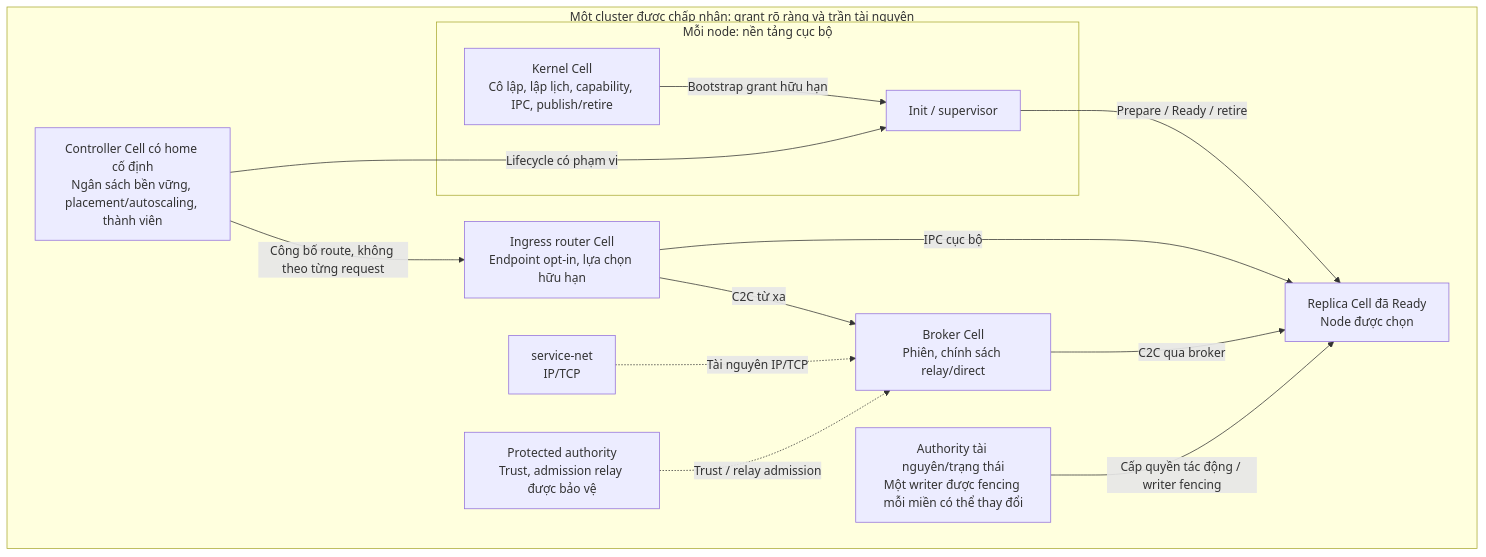
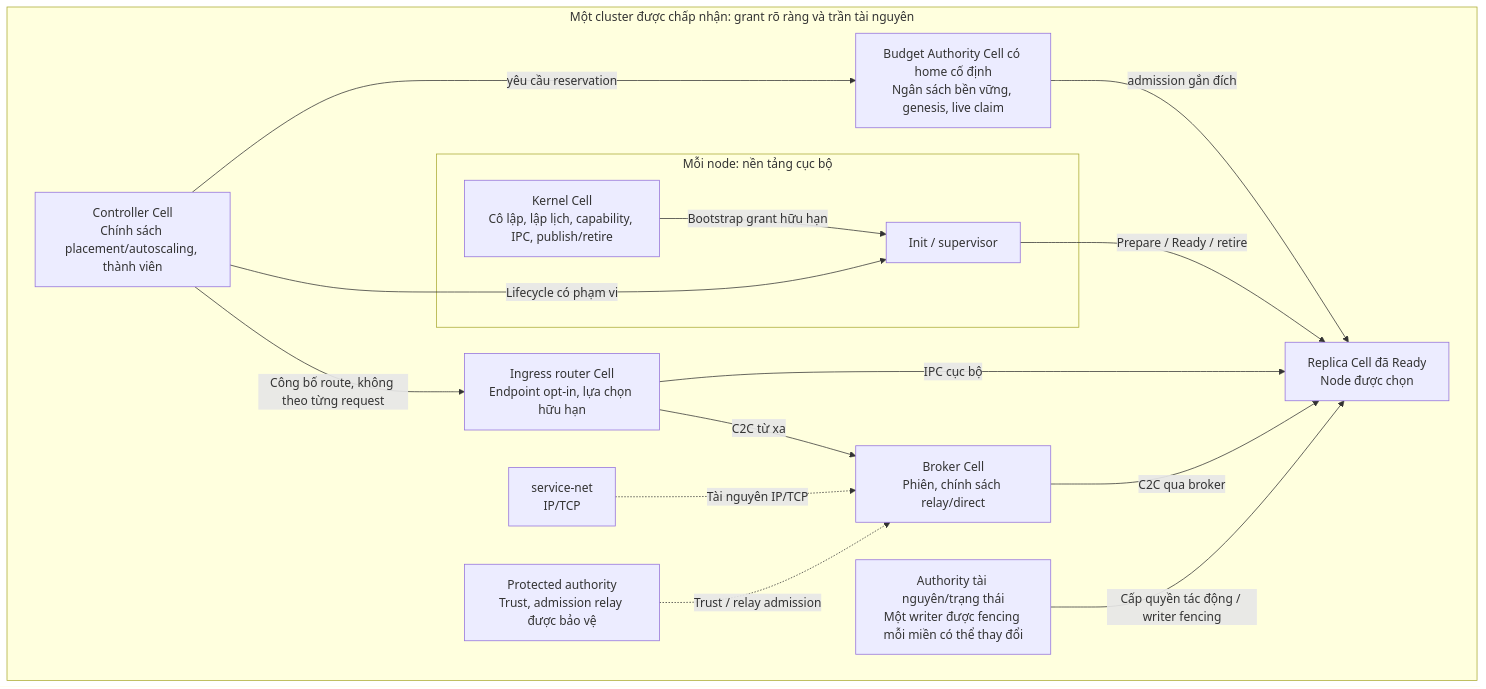
The diagram in README_VN.md (dxsl-org/cellos), drawn with Mermaid before and after one commit. The commit also changed other lines of this file and 27 other files, not shown here.

Commit message:
docs(architecture): align authority contracts and defer Haily integration

````diff
--- a/README_VN.md
+++ b/README_VN.md
@@ -30,26 +30,29 @@
 ```mermaid
 flowchart TB
     subgraph CLUSTER["Một cluster được chấp nhận: grant rõ ràng và trần tài nguyên"]
-        C["Controller Cell có home cố định<br/>Ngân sách bền vững, placement/autoscaling, thành viên"]
+        C["Controller Cell<br/>Chính sách placement/autoscaling, thành viên"]
+        BA["Budget Authority Cell có home cố định<br/>Ngân sách bền vững, genesis, live claim"]
+        C -->|yêu cầu reservation| BA
+        BA -->|admission gắn đích| R
         W["Ingress router Cell<br/>Endpoint opt-in, lựa chọn hữu hạn"]
         R["Replica Cell đã Ready<br/>Node được chọn"]
         B["Broker Cell<br/>Phiên, chính sách relay/direct"]
         N["service-net<br/>IP/TCP"]
         P["Protected authority<br/>Trust, admission relay được bảo vệ"]
         A["Authority tài nguyên/trạng thái<br/>Một writer được fencing mỗi miền có thể thay đổi"]
         subgraph LOCAL["Mỗi node: nền tảng cục bộ"]
             K["Kernel Cell<br/>Cô lập, lập lịch, capability, IPC, publish/retire"]
             I["Init / supervisor"]
             K -->|"Bootstrap grant hữu hạn"| I
         end
         C -->|"Lifecycle có phạm vi"| I
         C -->|"Công bố route, không theo từng request"| W
         I -->|"Prepare / Ready / retire"| R
         W -->|"IPC cục bộ"| R
         W -->|"C2C từ xa"| B
         B -->|"C2C qua broker"| R
         N -.->|"Tài nguyên IP/TCP"| B
         P -.->|"Trust / relay admission"| B
         A -->|"Cấp quyền tác động / writer fencing"| R
     end
 ```
````
